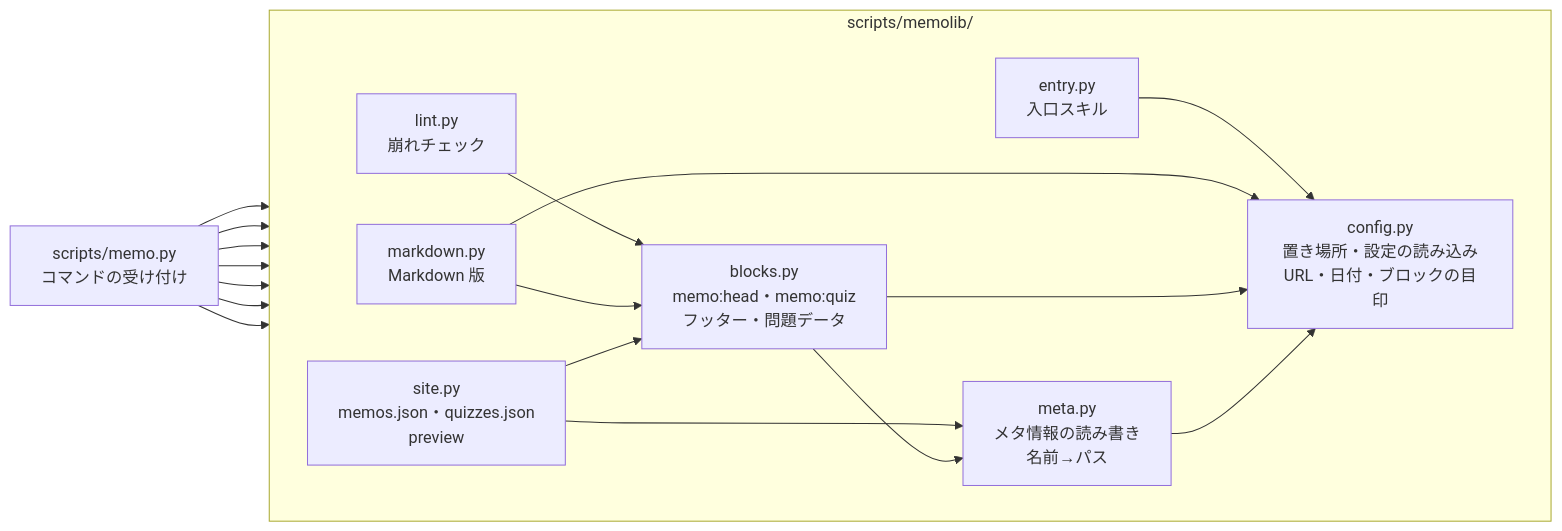
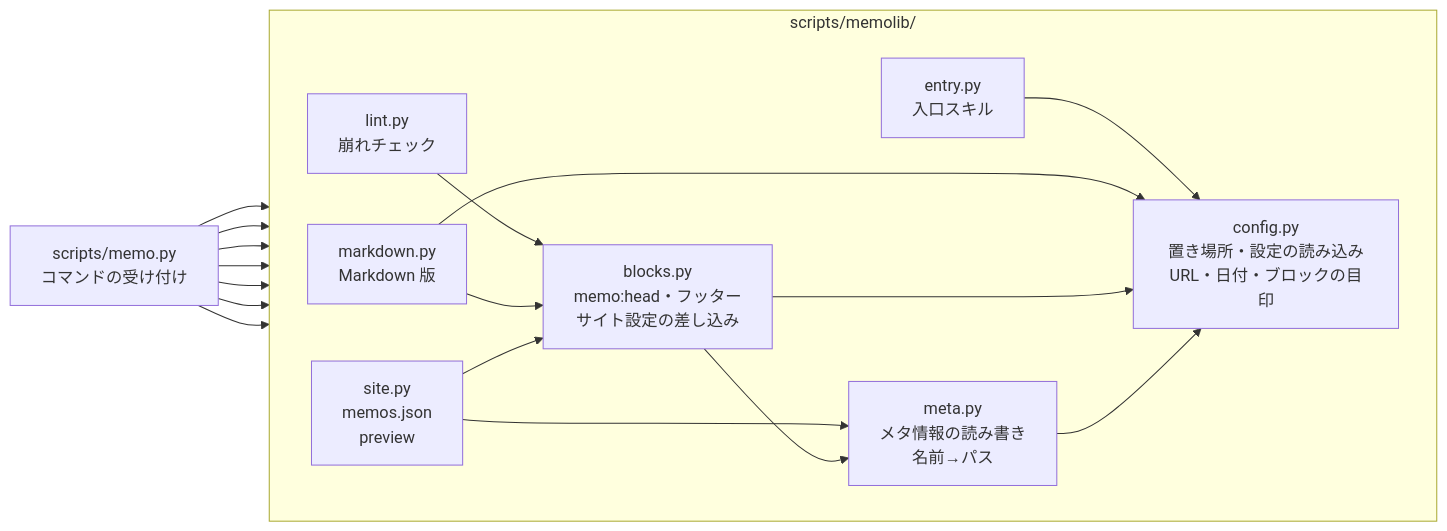
One commit to taka1156/back-of-the-flyer changed the seventh of 7 diagrams in memo-detail.md. Above: the diagram before and after it, drawn with Mermaid. The commit also changed other lines of this file and 33 other files, not shown here.

````diff
--- a/memo-detail.md
+++ b/memo-detail.md
@@ -442,24 +386,24 @@
 ```mermaid
 flowchart LR
   cli["scripts/memo.py<br/>コマンドの受け付け"]
   subgraph lib["scripts/memolib/"]
     direction LR
     config["config.py<br/>置き場所・設定の読み込み<br/>URL・日付・ブロックの目印"]
     entry["entry.py<br/>入口スキル"]
     meta["meta.py<br/>メタ情報の読み書き<br/>名前→パス"]
-    blocks["blocks.py<br/>memo:head・memo:quiz<br/>フッター・問題データ"]
+    blocks["blocks.py<br/>memo:head・フッター<br/>サイト設定の差し込み"]
     lint["lint.py<br/>崩れチェック"]
     md["markdown.py<br/>Markdown 版"]
-    site["site.py<br/>memos.json・quizzes.json<br/>preview"]
+    site["site.py<br/>memos.json<br/>preview"]
   end
   cli --> lint & md & site & meta & blocks & config & entry
   entry --> config
   lint --> blocks
   md --> blocks
   site --> blocks
   site --> meta
   blocks --> meta
   md --> config
   blocks --> config
   meta --> config
 ```
````
